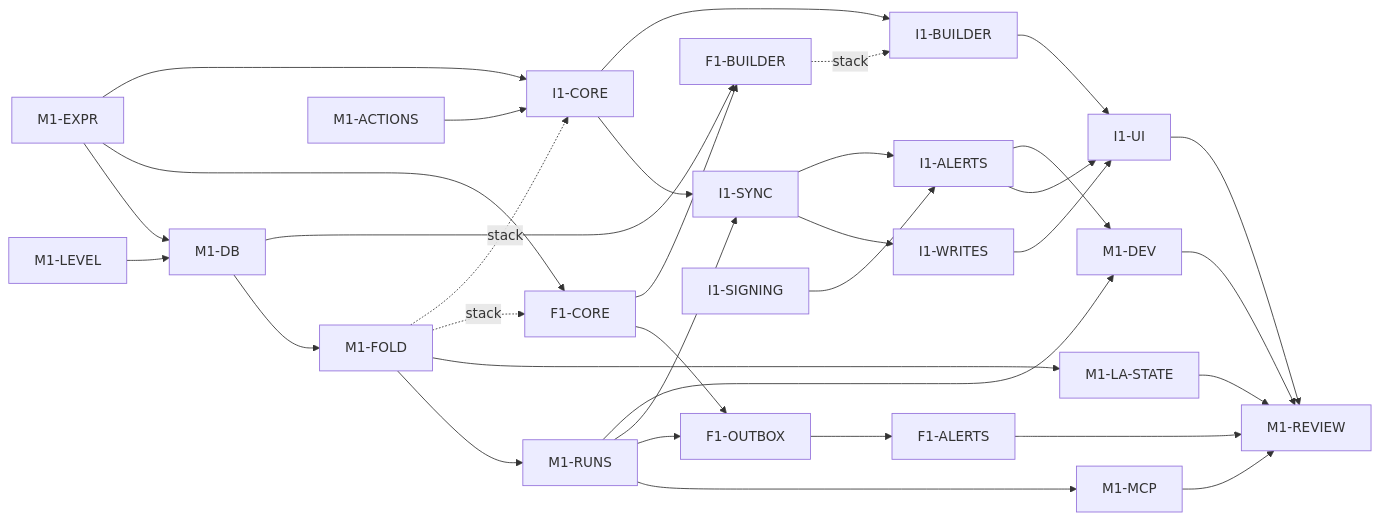
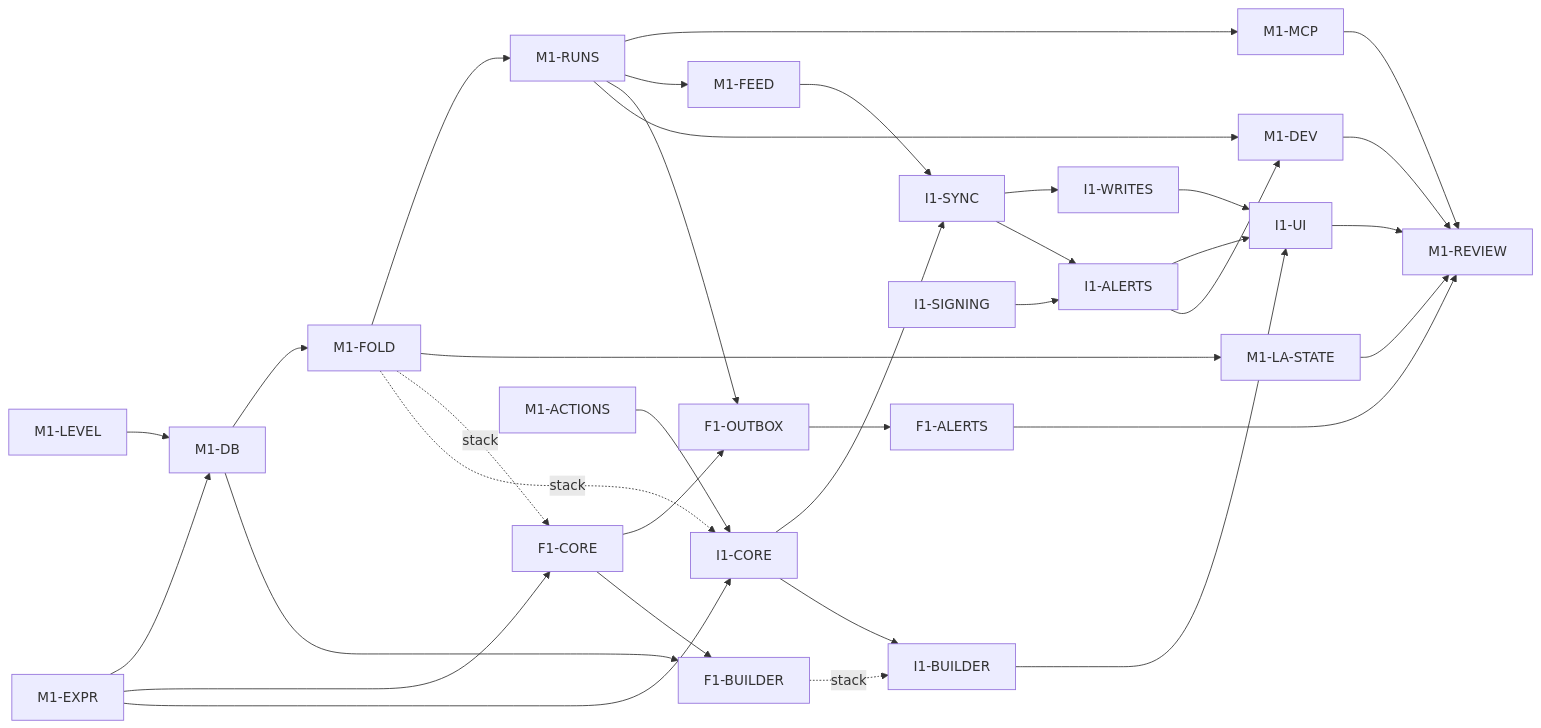
The diagram in docs/t2/M1-plan.md (Richard-Lynch/quickr), drawn with Mermaid before and after one commit. The commit also changed other lines of this file and 10 other files, not shown here.

````diff
--- a/docs/t2/M1-plan.md
+++ b/docs/t2/M1-plan.md
@@ -763,36 +739,37 @@
 ```mermaid
 flowchart LR
   LEVEL[M1-LEVEL] --> DB[M1-DB]
   EXPR[M1-EXPR] --> DB
   DB --> FOLD[M1-FOLD]
   FOLD --> RUNS[M1-RUNS]
   FOLD --> LAS[M1-LA-STATE]
   RUNS --> MCP[M1-MCP]
+  RUNS --> FEED[M1-FEED]
   FOLD -. stack .-> FCORE[F1-CORE]
   EXPR --> FCORE
   FCORE --> FOUT[F1-OUTBOX]
   RUNS --> FOUT
   DB --> FBUILD[F1-BUILDER]
   FCORE --> FBUILD
   FOUT --> FALERT[F1-ALERTS]
   ACT[M1-ACTIONS] --> ICORE[I1-CORE]
   FOLD -. stack .-> ICORE
   EXPR --> ICORE
   ICORE --> ISYNC[I1-SYNC]
-  RUNS --> ISYNC
+  FEED --> ISYNC
   ISYNC --> IWRITE[I1-WRITES]
   FBUILD -. stack .-> IBUILD[I1-BUILDER]
   ICORE --> IBUILD
   ISYNC --> IALERT[I1-ALERTS]
   SIGN[I1-SIGNING] --> IALERT
   IWRITE --> IUI[I1-UI]
   IBUILD --> IUI
   IALERT --> IUI
   IALERT --> DEV[M1-DEV]
   RUNS --> DEV
   IUI --> REV[M1-REVIEW]
   MCP --> REV
   LAS --> REV
   FALERT --> REV
   DEV --> REV
 ```
````
